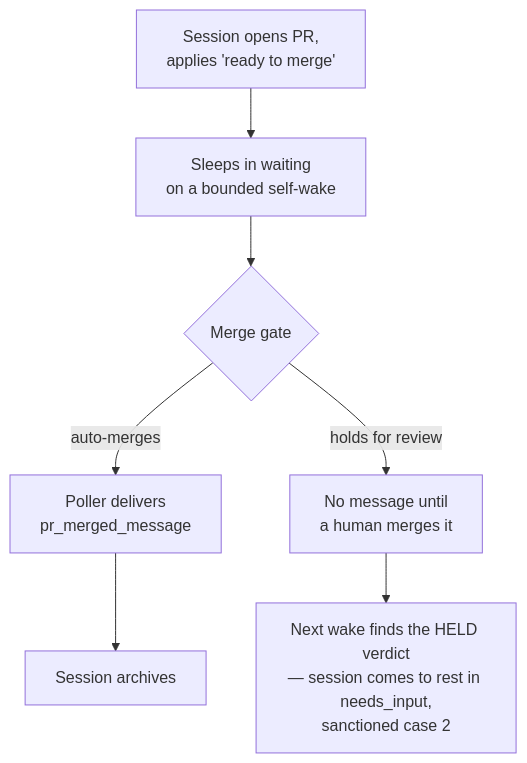
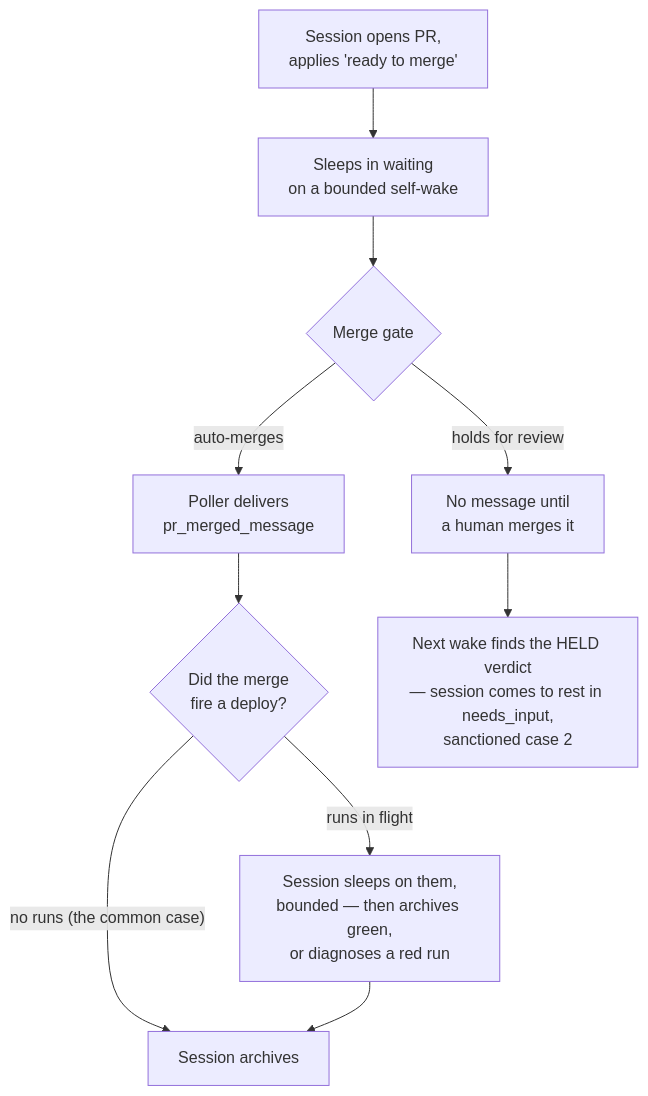
Before and after one commit to tadasant/zimmer: the first of 2 diagrams in docs/src/content/docs/sessions/goals.md, drawn with Mermaid. The commit also changed other lines of this file and 14 other files, not shown here.

````diff
--- a/docs/src/content/docs/sessions/goals.md
+++ b/docs/src/content/docs/sessions/goals.md
@@ -54,9 +54,12 @@
 ```mermaid
 flowchart TD
     A["Session opens PR,<br/>applies 'ready to merge'"] --> B["Sleeps in waiting<br/>on a bounded self-wake"]
     B --> C{"Merge gate"}
     C -->|auto-merges| D["Poller delivers<br/>pr_merged_message"]
-    D --> E["Session archives"]
+    D --> H{"Did the merge<br/>fire a deploy?"}
+    H -->|"no runs (the common case)"| E["Session archives"]
+    H -->|"runs in flight"| I["Session sleeps on them,<br/>bounded — then archives green,<br/>or diagnoses a red run"]
+    I --> E
     C -->|holds for review| F["No message until<br/>a human merges it"]
     F --> G["Next wake finds the HELD verdict<br/>— session comes to rest in needs_input,<br/>sanctioned case 2"]
 ```
````
